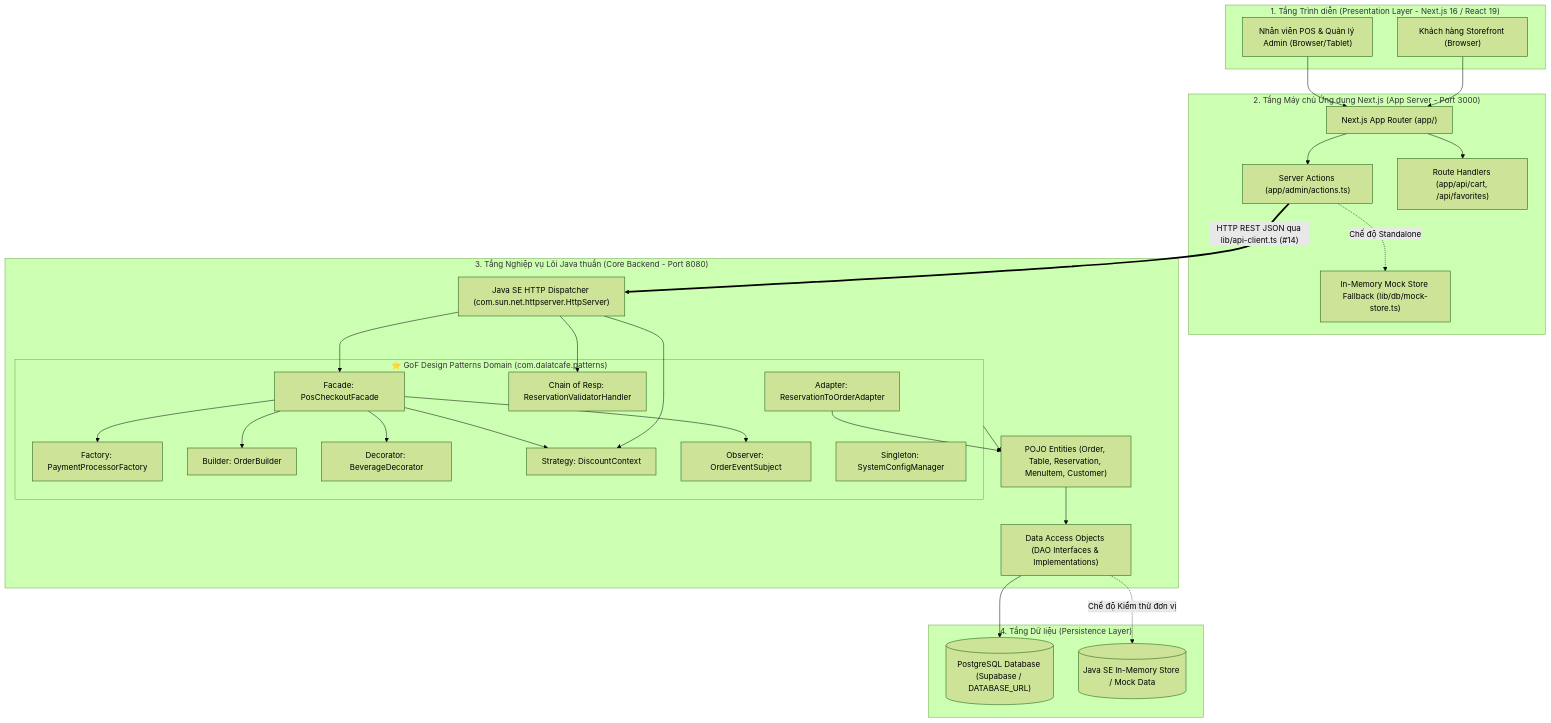
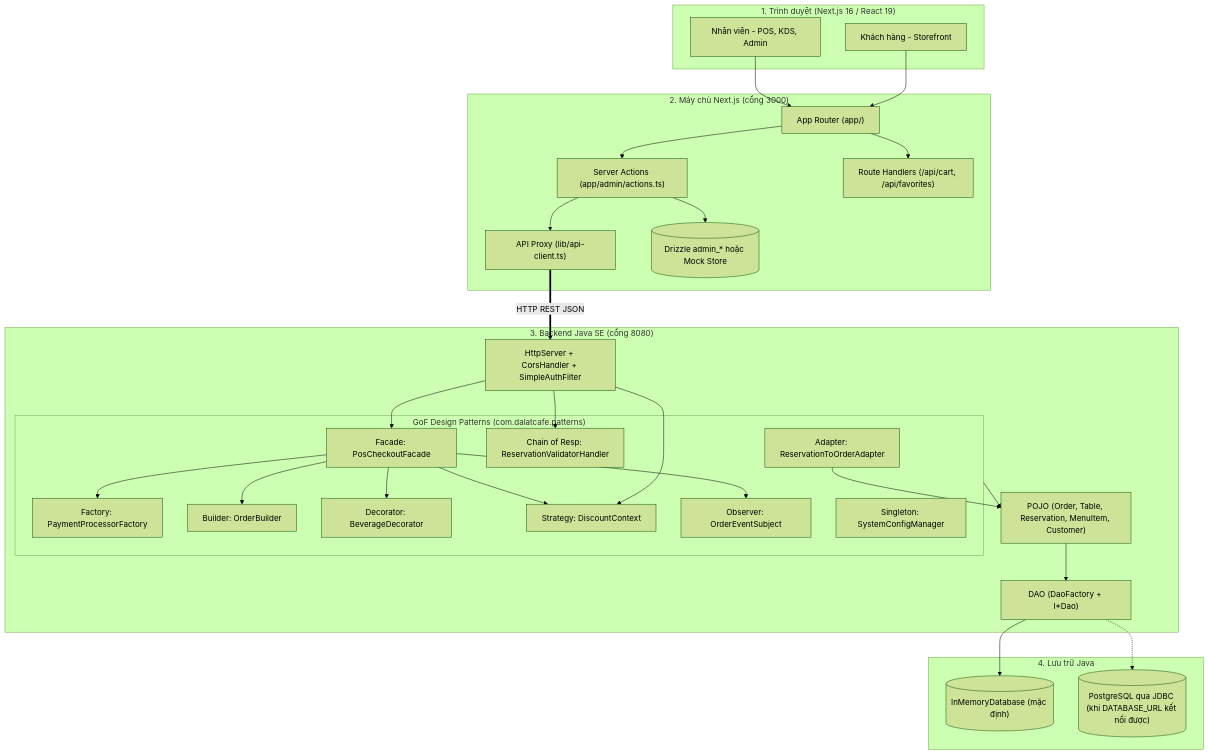
Before and after one commit to HubertPhung/WebQuanLyQuanCafe-DesignPatterns: the first of 3 diagrams in docs/ARCHITECTURE.md, drawn with Mermaid (forest theme). The commit also changed other lines of this file and 12 other files, not shown here.

````diff
--- a/docs/ARCHITECTURE.md
+++ b/docs/ARCHITECTURE.md
@@ -16,62 +12,62 @@
 ```mermaid
 graph TB
-    subgraph Client_Tier ["1. Tầng Trình diễn (Presentation Layer - Next.js 16 / React 19)"]
-        StorefrontClient["Khách hàng Storefront (Browser)"]
-        AdminClient["Nhân viên POS & Quản lý Admin (Browser/Tablet)"]
+    subgraph Client_Tier ["1. Trình duyệt (Next.js 16 / React 19)"]
+        StorefrontClient["Khách hàng - Storefront"]
+        AdminClient["Nhân viên - POS, KDS, Admin"]
     end
 
-    subgraph App_Server_Tier ["2. Tầng Máy chủ Ứng dụng Next.js (App Server - Port 3000)"]
-        AppRouter["Next.js App Router (app/)"]
+    subgraph App_Server_Tier ["2. Máy chủ Next.js (cổng 3000)"]
+        AppRouter["App Router (app/)"]
         ServerActions["Server Actions (app/admin/actions.ts)"]
-        RouteHandlers["Route Handlers (app/api/cart, /api/favorites)"]
-        ClientFallback["In-Memory Mock Store Fallback (lib/db/mock-store.ts)"]
-        
+        ApiClient["API Proxy (lib/api-client.ts)"]
+        RouteHandlers["Route Handlers (/api/cart, /api/favorites)"]
+        FrontStore[("Drizzle admin_* hoặc Mock Store")]
+
         StorefrontClient --> AppRouter
         AdminClient --> AppRouter
         AppRouter --> ServerActions
         AppRouter --> RouteHandlers
-        ServerActions -.->|Chế độ Standalone| ClientFallback
+        ServerActions --> ApiClient
+        ServerActions --> FrontStore
     end
 
-    subgraph Core_Backend_Tier ["3. Tầng Nghiệp vụ Lõi Java thuần (Core Backend - Port 8080)"]
-        JavaHttpServer["Java SE HTTP Dispatcher (com.sun.net.httpserver.HttpServer)"]
-        
-        subgraph Pattern_Domain ["⭐ GoF Design Patterns Domain (com.dalatcafe.patterns)"]
+    subgraph Core_Backend_Tier ["3. Backend Java SE (cổng 8080)"]
+        JavaHttpServer["HttpServer + CorsHandler + SimpleAuthFilter"]
+
+        subgraph Pattern_Domain ["GoF Design Patterns (com.dalatcafe.patterns)"]
             Facade["Facade: PosCheckoutFacade"]
             Chain["Chain of Resp: ReservationValidatorHandler"]
             Adapter["Adapter: ReservationToOrderAdapter"]
             Factory["Factory: PaymentProcessorFactory"]
             Builder["Builder: OrderBuilder"]
             Decorator["Decorator: BeverageDecorator"]
             Strategy["Strategy: DiscountContext"]
             Observer["Observer: OrderEventSubject"]
             Singleton["Singleton: SystemConfigManager"]
         end
 
-        DomainModel["POJO Entities (Order, Table, Reservation, MenuItem, Customer)"]
-        JavaDAO["Data Access Objects (DAO Interfaces & Implementations)"]
+        DomainModel["POJO (Order, Table, Reservation, MenuItem, Customer)"]
+        JavaDAO["DAO (DaoFactory + I*Dao)"]
 
         JavaHttpServer --> Facade
         JavaHttpServer --> Chain
         JavaHttpServer --> Strategy
         Adapter --> DomainModel
         Facade --> Factory
         Facade --> Builder
         Facade --> Decorator
         Facade --> Strategy
         Facade --> Observer
-        
         Pattern_Domain --> DomainModel
         DomainModel --> JavaDAO
     end
 
-    subgraph Persistence_Tier ["4. Tầng Dữ liệu (Persistence Layer)"]
-        PostgresDB[("PostgreSQL Database (Supabase / DATABASE_URL)")]
-        InMemoryDB[("Java SE In-Memory Store / Mock Data")]
-        
-        JavaDAO --> PostgresDB
-        JavaDAO -.->|Chế độ Kiểm thử đơn vị| InMemoryDB
+    subgraph Persistence_Tier ["4. Lưu trữ Java"]
+        InMemoryDB[("InMemoryDatabase (mặc định)")]
+        PostgresDB[("PostgreSQL qua JDBC (khi DATABASE_URL kết nối được)")]
+        JavaDAO --> InMemoryDB
+        JavaDAO -.-> PostgresDB
     end
 
-    ServerActions ==>|"HTTP REST JSON qua lib/api-client.ts (#14)"| JavaHttpServer
+    ApiClient ==>|"HTTP REST JSON"| JavaHttpServer
 ```
````
